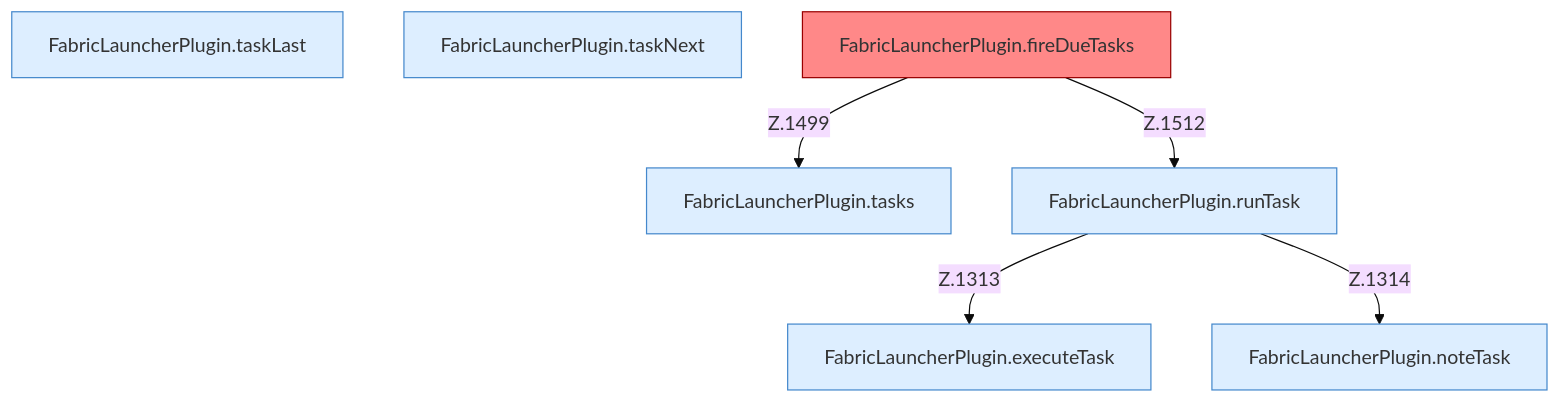
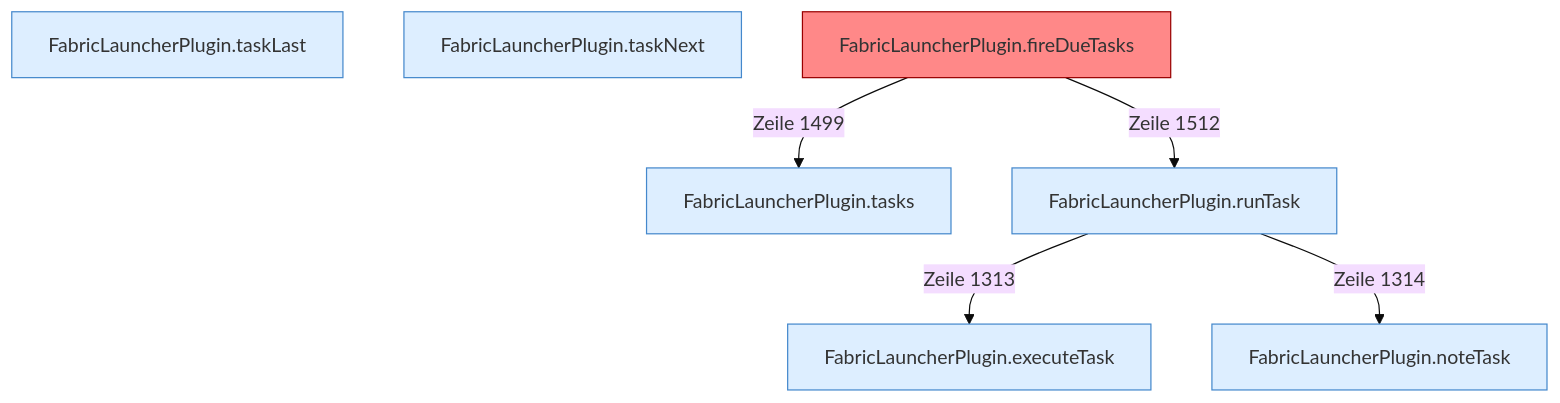
Before and after one commit to PrinceDiamant/minecraft-serverhoster-plugin: the diagram in Tasks.md, drawn with Mermaid (base theme). The commit also changed other lines of this file and 2005 other files, not shown here.

````diff
--- a/Tasks.md
+++ b/Tasks.md
@@ -5,17 +5,17 @@
 ```mermaid
 flowchart TD
   n1["FabricLauncherPlugin.tasks"]:::internal-link
   n2["FabricLauncherPlugin.runTask"]:::internal-link
   n3["FabricLauncherPlugin.executeTask"]:::internal-link
   n4["FabricLauncherPlugin.taskLast"]:::internal-link
   n5["FabricLauncherPlugin.taskNext"]:::internal-link
   n6["FabricLauncherPlugin.noteTask"]:::internal-link
   n7["FabricLauncherPlugin.fireDueTasks"]:::internal-link
-  n2 -->|"Z.1313"| n3
-  n2 -->|"Z.1314"| n6
-  n7 -->|"Z.1499"| n1
-  n7 -->|"Z.1512"| n2
+  n2 -->|"Zeile 1313"| n3
+  n2 -->|"Zeile 1314"| n6
+  n7 -->|"Zeile 1499"| n1
+  n7 -->|"Zeile 1512"| n2
   classDef internal-link fill:#ddeeff,stroke:#4488cc
   classDef befund fill:#f88
   style n7 fill:#f88,stroke:#900
 ```
````
